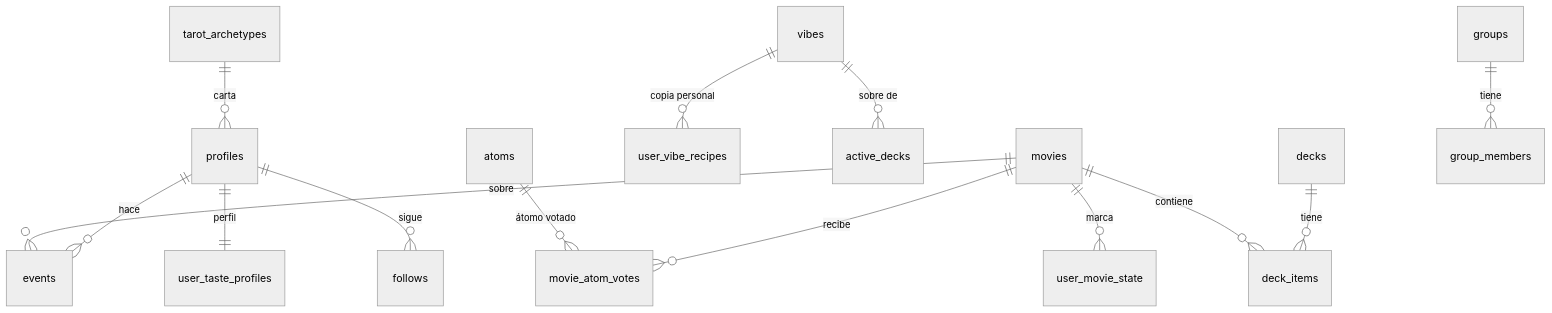
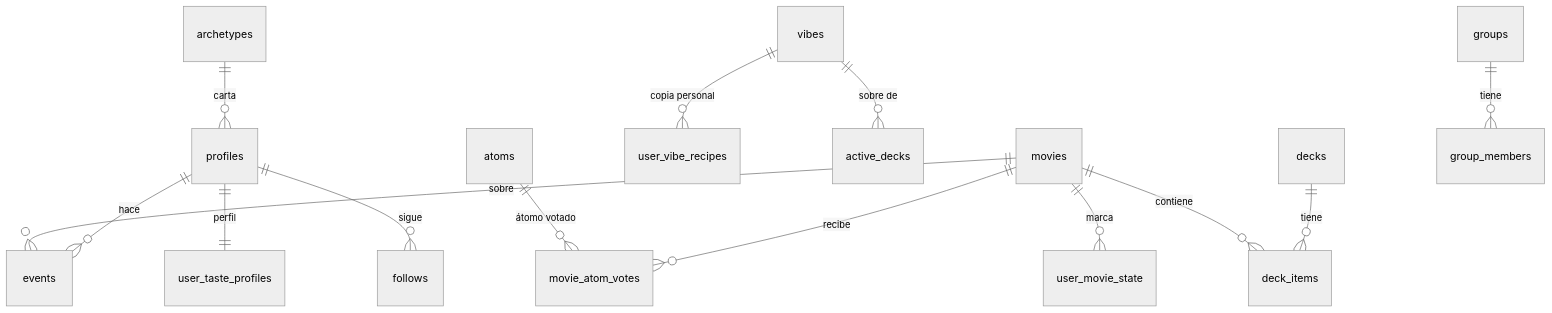
The diagram in docs/guias/base-de-datos.md (montenegroc597-web/Prototipo-Kinoo), drawn with Mermaid (neutral theme) before and after one commit. The commit also changed other lines of this file and 34 other files, not shown here.

````diff
--- a/docs/guias/base-de-datos.md
+++ b/docs/guias/base-de-datos.md
@@ -58,16 +58,16 @@
 ```mermaid
 erDiagram
   atoms ||--o{ movie_atom_votes : "átomo votado"
   movies ||--o{ movie_atom_votes : recibe
   movies ||--o{ events : "sobre"
   movies ||--o{ user_movie_state : marca
   movies ||--o{ deck_items : contiene
   vibes ||--o{ user_vibe_recipes : "copia personal"
   vibes ||--o{ active_decks : "sobre de"
-  tarot_archetypes ||--o{ profiles : carta
+  archetypes ||--o{ profiles : carta
   profiles ||--o{ events : hace
   profiles ||--|| user_taste_profiles : perfil
   profiles ||--o{ follows : sigue
   decks ||--o{ deck_items : tiene
   groups ||--o{ group_members : tiene
 ```
````
